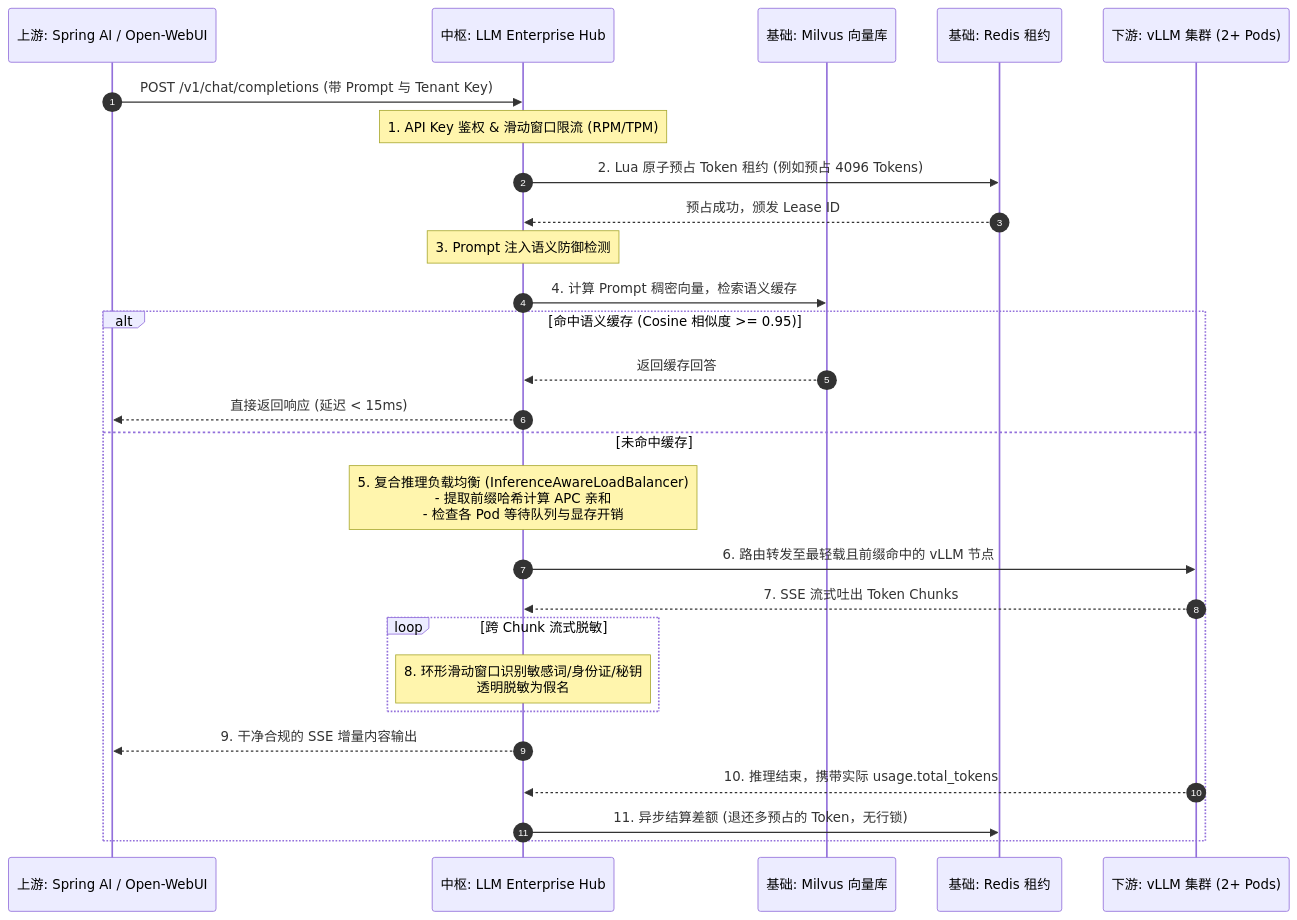
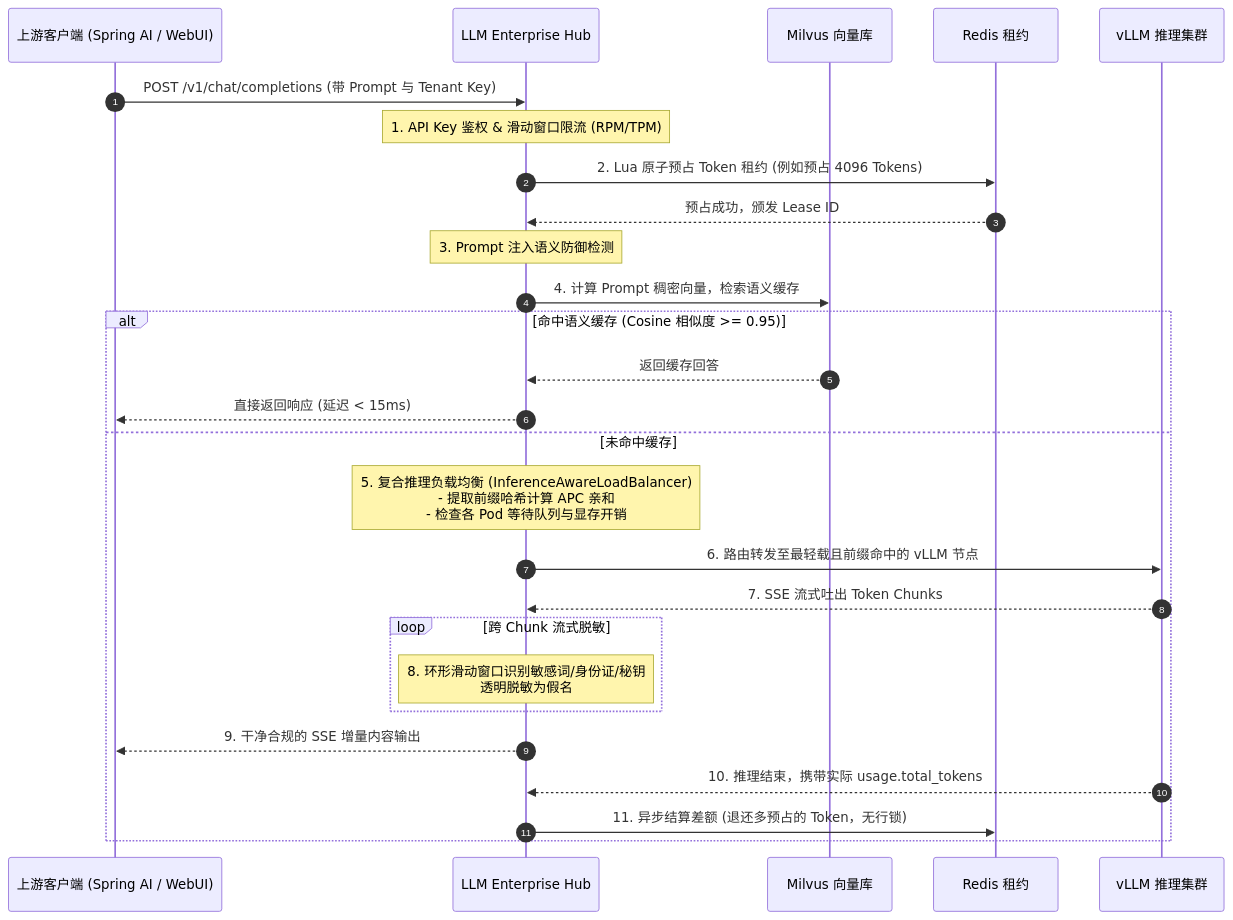
One commit to u8u7u87/llm-enterprise-hub changed the third of 5 diagrams in docs/ecosystem-positioning.md. Above: the diagram before and after it, drawn with Mermaid. The commit also changed other lines of this file and 3 other files, not shown here.

Commit message:
fix(docs): resolve Unable to render rich display error by standardizing all Mermaid diagrams to robust node-based flowcharts and sequence diagrams

````diff
--- a/docs/ecosystem-positioning.md
+++ b/docs/ecosystem-positioning.md
@@ -165,30 +174,30 @@
 ```mermaid
 sequenceDiagram
     autonumber
-    participant App as 上游: Spring AI / Open-WebUI
-    participant Hub as 中枢: LLM Enterprise Hub
-    participant Milvus as 基础: Milvus 向量库
-    participant Redis as 基础: Redis 租约
-    participant vLLM as 下游: vLLM 集群 (2+ Pods)
+    participant App as 上游客户端 (Spring AI / WebUI)
+    participant Hub as LLM Enterprise Hub
+    participant Milvus as Milvus 向量库
+    participant Redis as Redis 租约
+    participant vLLM as vLLM 推理集群
 
     App->>Hub: POST /v1/chat/completions (带 Prompt 与 Tenant Key)
     Note over Hub: 1. API Key 鉴权 & 滑动窗口限流 (RPM/TPM)
     Hub->>Redis: 2. Lua 原子预占 Token 租约 (例如预占 4096 Tokens)
     Redis-->>Hub: 预占成功，颁发 Lease ID
     Note over Hub: 3. Prompt 注入语义防御检测
     Hub->>Milvus: 4. 计算 Prompt 稠密向量，检索语义缓存
     alt 命中语义缓存 (Cosine 相似度 >= 0.95)
         Milvus-->>Hub: 返回缓存回答
         Hub-->>App: 直接返回响应 (延迟 < 15ms)
     else 未命中缓存
-        Note over Hub: 5. 复合推理负载均衡 (InferenceAwareLoadBalancer)<br/>- 提取前缀哈希计算 APC 亲和<br/>- 检查各 Pod 等待队列与显存开销
+        Note over Hub: 5. 复合推理负载均衡 (InferenceAwareLoadBalancer)<br>- 提取前缀哈希计算 APC 亲和<br>- 检查各 Pod 等待队列与显存开销
         Hub->>vLLM: 6. 路由转发至最轻载且前缀命中的 vLLM 节点
         vLLM-->>Hub: 7. SSE 流式吐出 Token Chunks
         loop 跨 Chunk 流式脱敏
-            Note over Hub: 8. 环形滑动窗口识别敏感词/身份证/秘钥<br/>透明脱敏为假名
+            Note over Hub: 8. 环形滑动窗口识别敏感词/身份证/秘钥<br>透明脱敏为假名
         end
         Hub-->>App: 9. 干净合规的 SSE 增量内容输出
         vLLM-->>Hub: 10. 推理结束，携带实际 usage.total_tokens
         Hub->>Redis: 11. 异步结算差额 (退还多预占的 Token，无行锁)
     end
 ```
````
